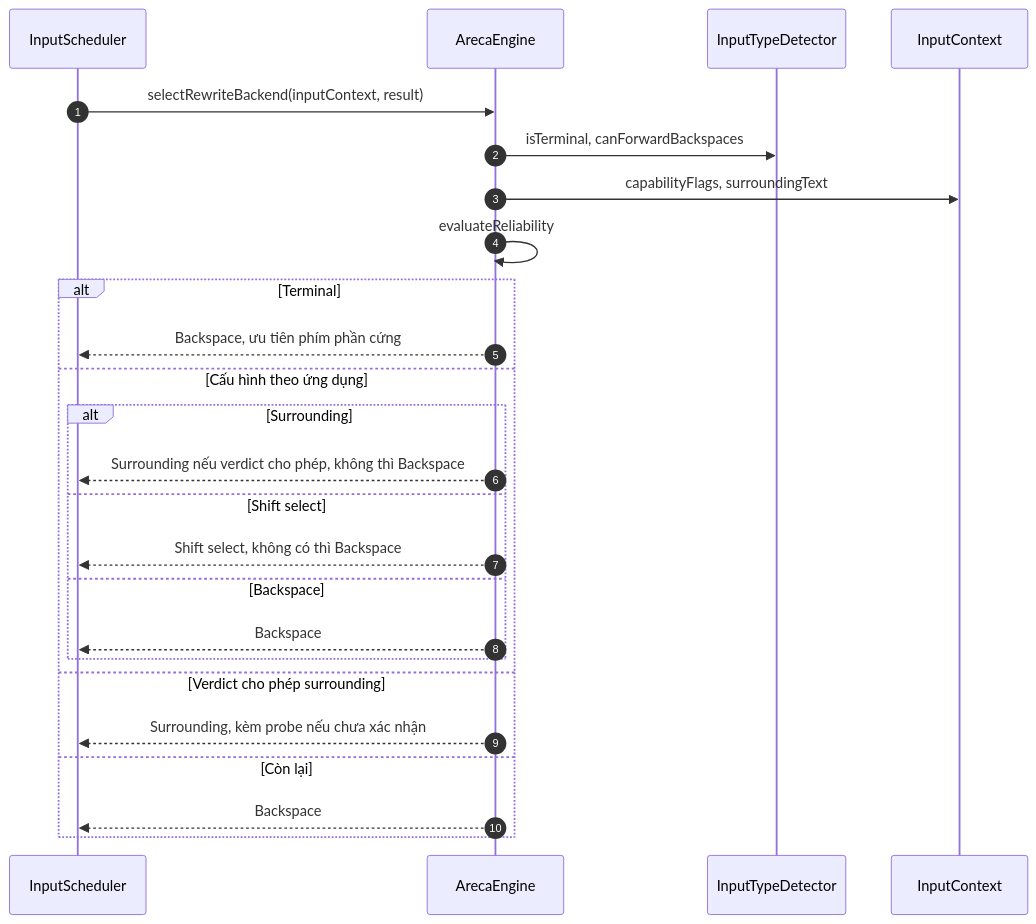
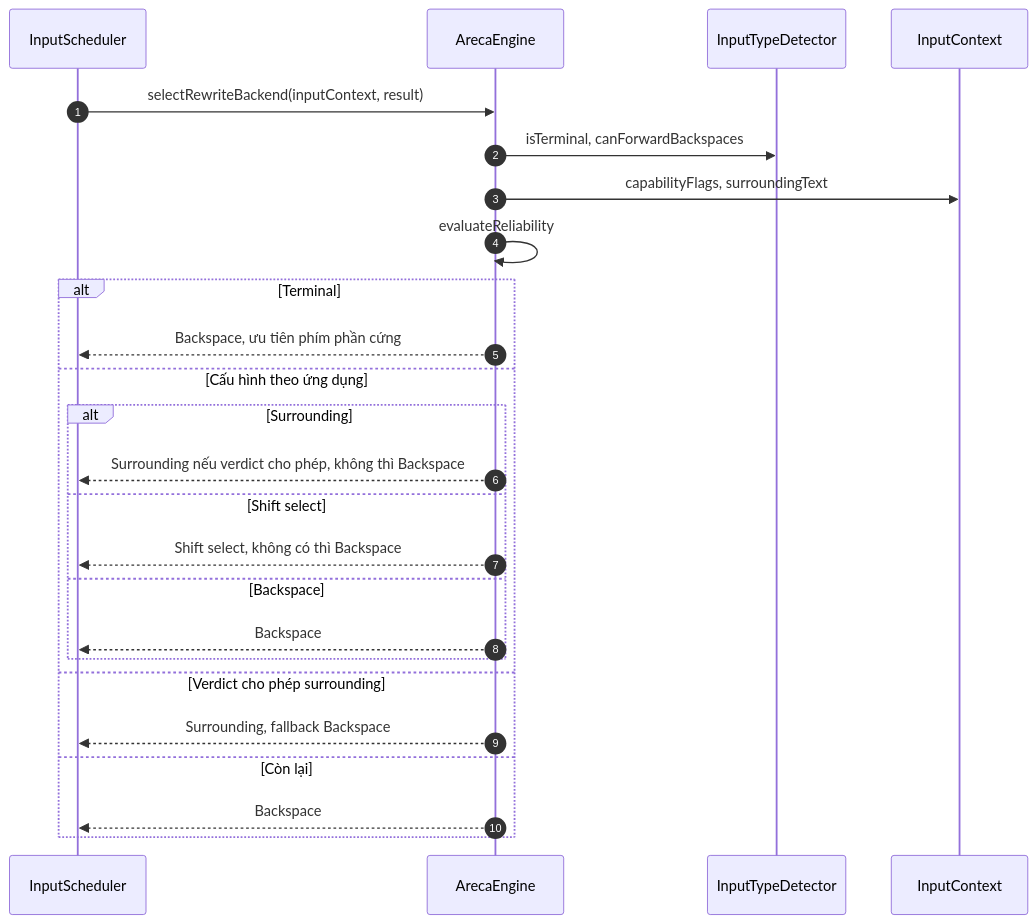
One commit to xhkzeroone/ArecaIME changed the first of 5 diagrams in docs/ARECA_ARCHITECTURE_SPECIFICATION.md. Above: the diagram before and after it, drawn with Mermaid. The commit also changed other lines of this file and 29 other files, not shown here.

First line of the commit message:
Replace the surrounding probe with a post-delete check in the poll

````diff
--- a/docs/ARECA_ARCHITECTURE_SPECIFICATION.md
+++ b/docs/ARECA_ARCHITECTURE_SPECIFICATION.md
@@ -71,29 +71,29 @@
 ```mermaid
 sequenceDiagram
     autonumber
     participant S as InputScheduler
     participant E as ArecaEngine
     participant D as InputTypeDetector
     participant IC as InputContext
 
     S->>E: selectRewriteBackend(inputContext, result)
     E->>D: isTerminal, canForwardBackspaces
     E->>IC: capabilityFlags, surroundingText
     E->>E: evaluateReliability
 
     alt Terminal
         E-->>S: Backspace, ưu tiên phím phần cứng
     else Cấu hình theo ứng dụng
         alt Surrounding
             E-->>S: Surrounding nếu verdict cho phép, không thì Backspace
         else Shift select
             E-->>S: Shift select, không có thì Backspace
         else Backspace
             E-->>S: Backspace
         end
     else Verdict cho phép surrounding
-        E-->>S: Surrounding, kèm probe nếu chưa xác nhận
+        E-->>S: Surrounding, fallback Backspace
     else Còn lại
         E-->>S: Backspace
     end
 ```
````
